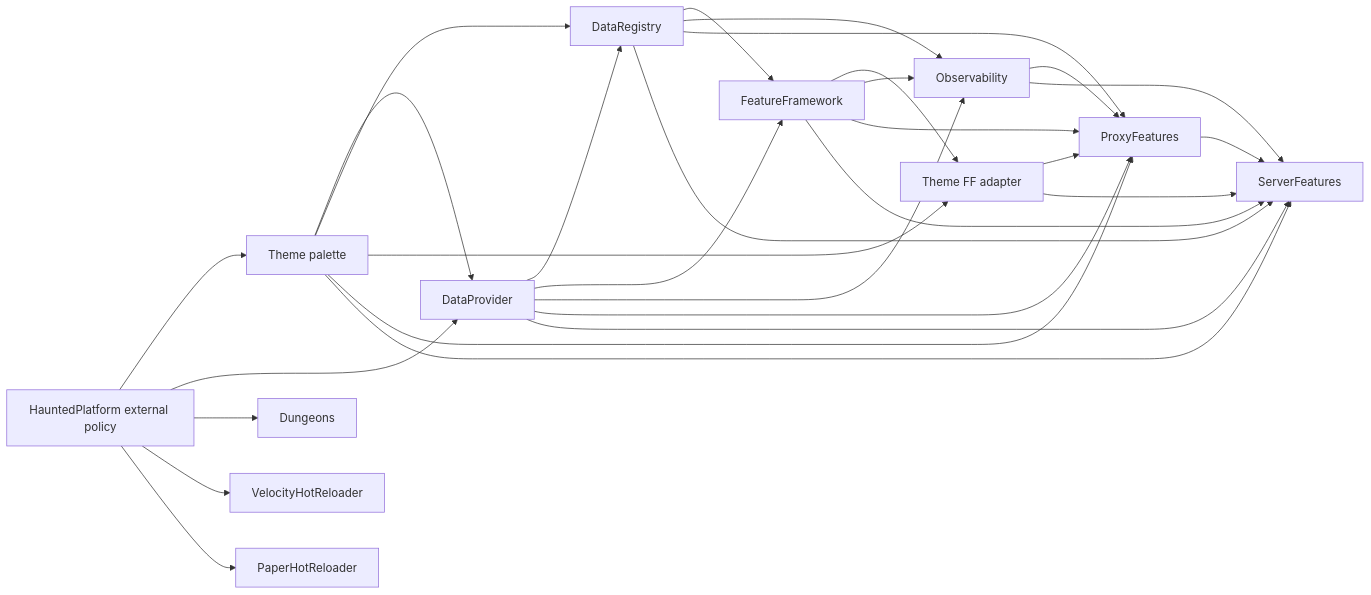
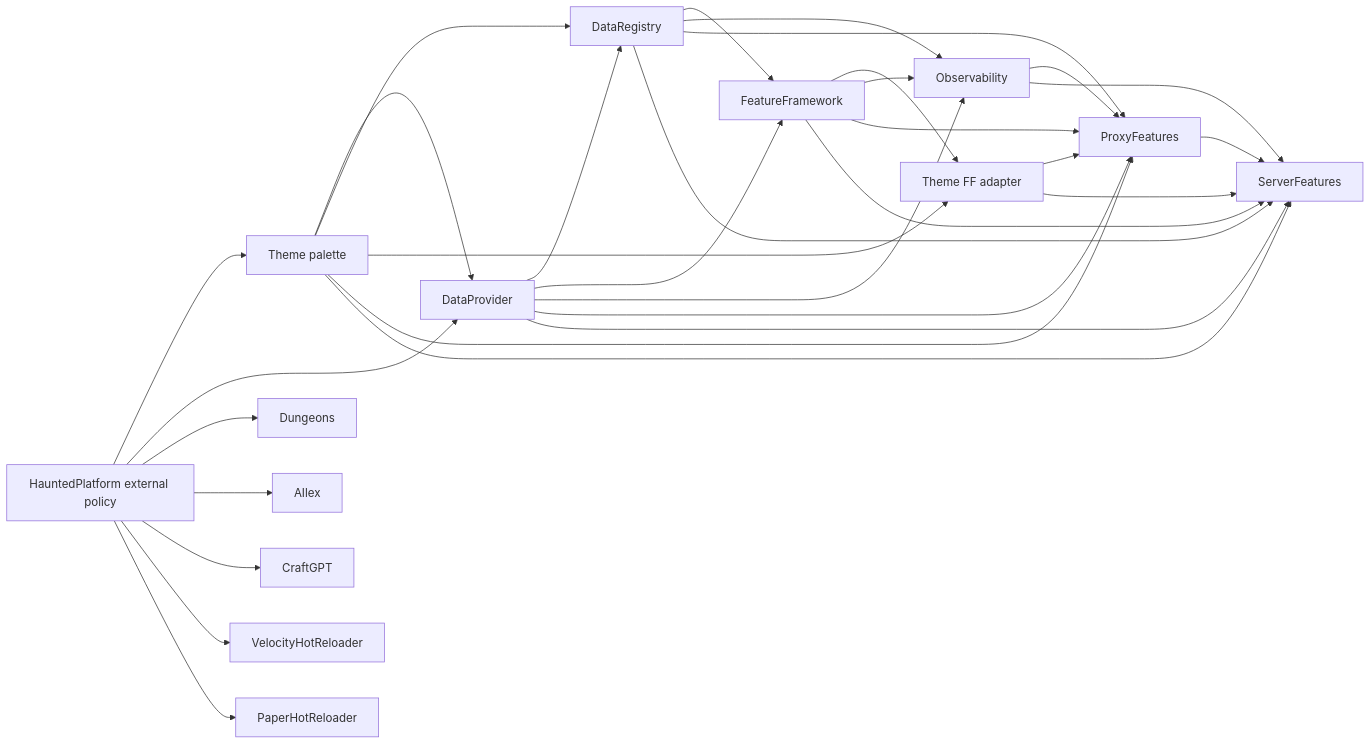
One commit to HauntedMC/HauntedPlatform changed the diagram in docs/releasing.md. Above: the diagram before and after it, drawn with Mermaid. The commit also changed other lines of this file and 3 other files, not shown here.

Commit message:
Onboard AIlex and CraftGPT to platform updates (#33)

````diff
--- a/docs/releasing.md
+++ b/docs/releasing.md
@@ -18,31 +18,33 @@
 ```mermaid
 flowchart LR
   Platform[HauntedPlatform external policy] --> Palette[Theme palette]
   Platform --> DP[DataProvider]
   Palette --> DP
   Palette --> DR[DataRegistry]
   DP --> DR
   DP --> FF[FeatureFramework]
   DR --> FF
   FF --> Adapter[Theme FF adapter]
   Palette --> Adapter
   DP --> Obs[Observability]
   DR --> Obs
   FF --> Obs
   DP --> Proxy[ProxyFeatures]
   DR --> Proxy
   FF --> Proxy
   Palette --> Proxy
   Adapter --> Proxy
   Obs --> Proxy
   Proxy --> Server[ServerFeatures]
   DP --> Server
   DR --> Server
   FF --> Server
   Palette --> Server
   Adapter --> Server
   Obs --> Server
   Platform --> Dungeons[Dungeons]
+  Platform --> AIlex[AIlex]
+  Platform --> CraftGPT[CraftGPT]
   Platform --> VHR[VelocityHotReloader]
   Platform --> PHR[PaperHotReloader]
 ```
````
